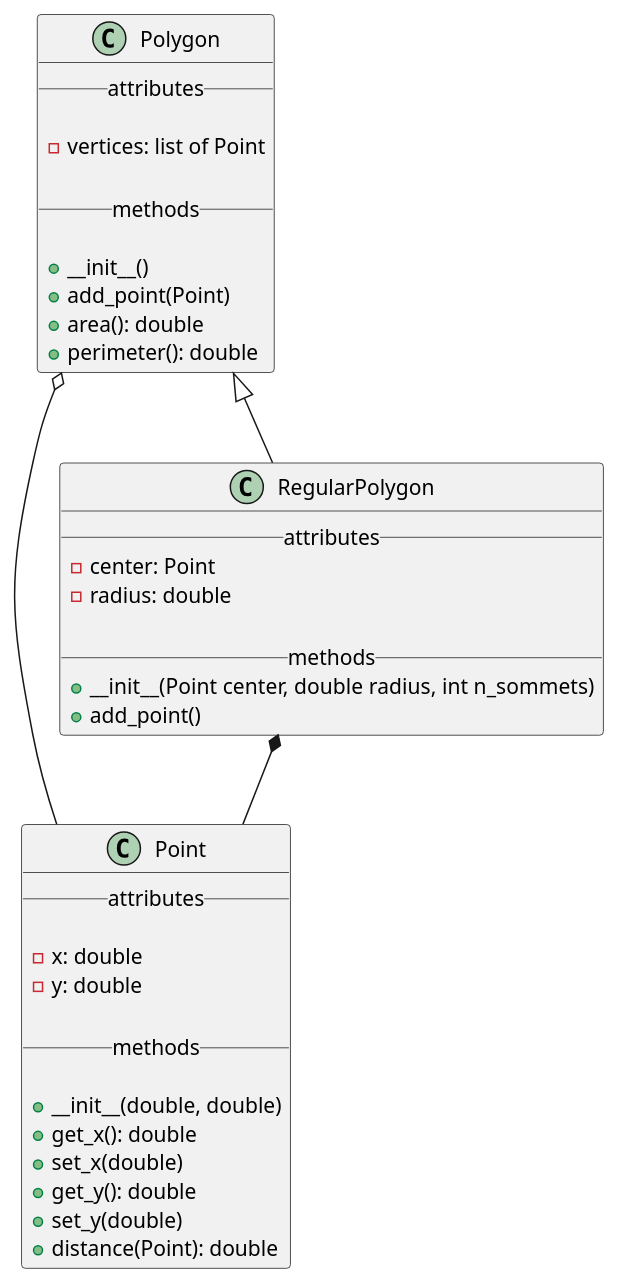
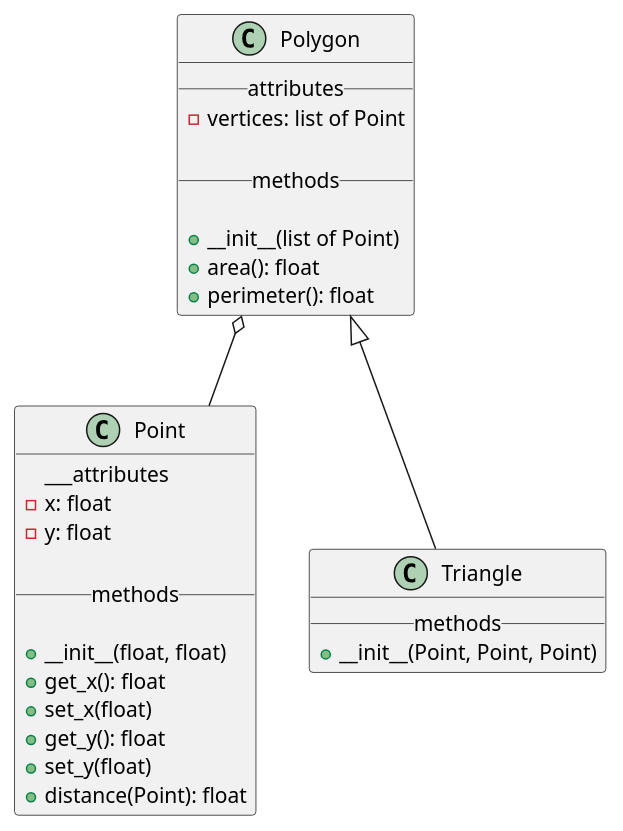
One commit to informatiqueecm/informatique_tc_poo changed the first of 2 diagrams in tc_poo/content/42/heritage.md. Above: the diagram before and after it, drawn with PlantUML. The commit also changed other lines of this file and 12 other files, not shown here.

```diff
--- a/tc_poo/content/42/heritage.md
+++ b/tc_poo/content/42/heritage.md
@@ -439,46 +450,39 @@
 @startuml
 
-class Point {
-    __attributes__
-
-    - x: double
-    - y: double
-
-    __methods__
-
-    +__init__(double, double)
-    +get_x(): double
-    +set_x(double)
-    +get_y(): double
-    +set_y(double)
-    +distance(Point): double
-}
-
-class Polygon {
-    __attributes__
-    
-    - vertices: list of Point
+class Point { 
+    ___attributes
+    - x: float
+    - y: float
     
     __methods__
     
-    +__init__()
-    +add_point(Point)
-    +area(): double
-    +perimeter(): double
+    +__init__(float, float)
+    +get_x(): float
+    +set_x(float)
+    +get_y(): float
+    +set_y(float)
+    +distance(Point): float
 }
 
-class RegularPolygon {
-    __attributes__
-    -center: Point
-    -radius: double
-    
-    __methods__
-    +__init__(Point center, double radius, int n_sommets)
-    +add_point()
+
+class Polygon { 
+  __attributes__
+  - vertices: list of Point
+
+  __methods__
+
+  +__init__(list of Point)
+  +area(): float
+  +perimeter(): float
 }
 
-Polygon <|-- RegularPolygon
+
+class Triangle { 
+    __methods__
+    + __init__(Point, Point, Point)
+}
+
+Polygon <|-- Triangle
 Polygon o-- Point
-RegularPolygon *-- Point
 
 @enduml
```
